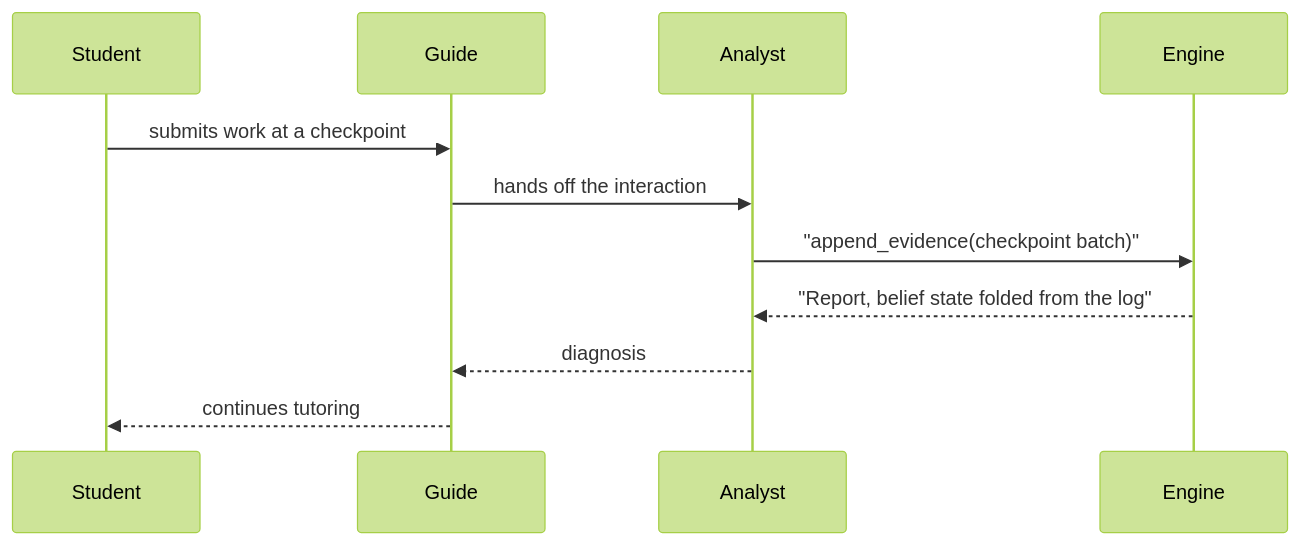
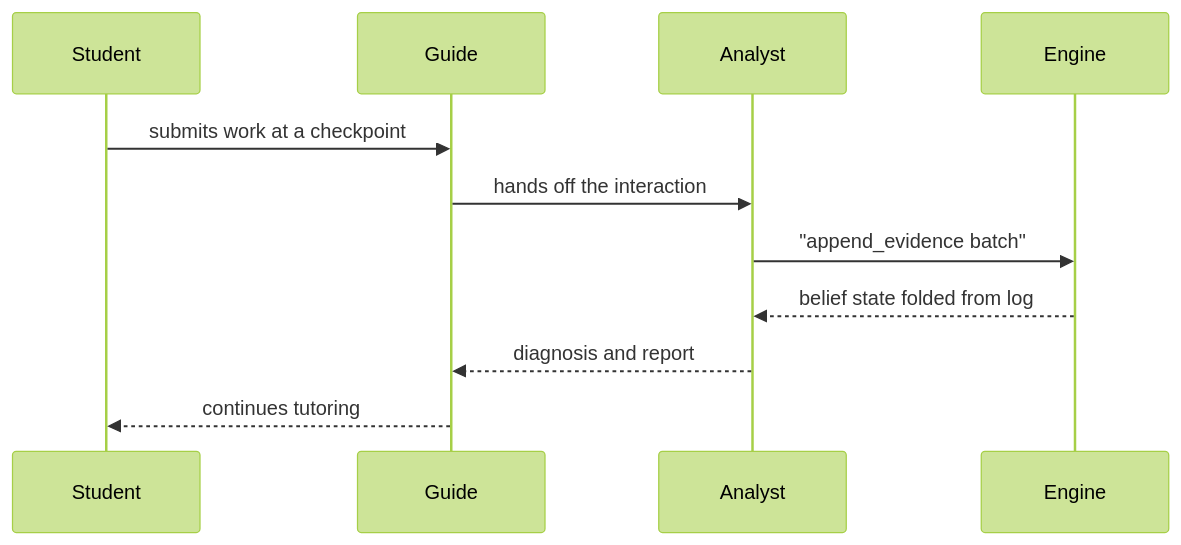
The first of 3 diagrams in src/content/docs/product/mvp-poc/poc-design.md (stemolly/wiki), drawn with Mermaid (forest theme) before and after one commit. The commit also changed other lines of this file and 57 other files, not shown here.

````diff
--- a/src/content/docs/product/mvp-poc/poc-design.md
+++ b/src/content/docs/product/mvp-poc/poc-design.md
@@ -23,14 +23,14 @@
 ```mermaid
 sequenceDiagram
     participant St as Student
     participant G as Guide
     participant An as Analyst
     participant E as Engine
 
     St->>G: submits work at a checkpoint
     G->>An: hands off the interaction
-    An->>E: "append_evidence(checkpoint batch)"
-    E-->>An: "Report, belief state folded from the log"
-    An-->>G: diagnosis
+    An->>E: "append_evidence batch"
+    E-->>An: belief state folded from log
+    An-->>G: diagnosis and report
     G-->>St: continues tutoring
 ```
````
